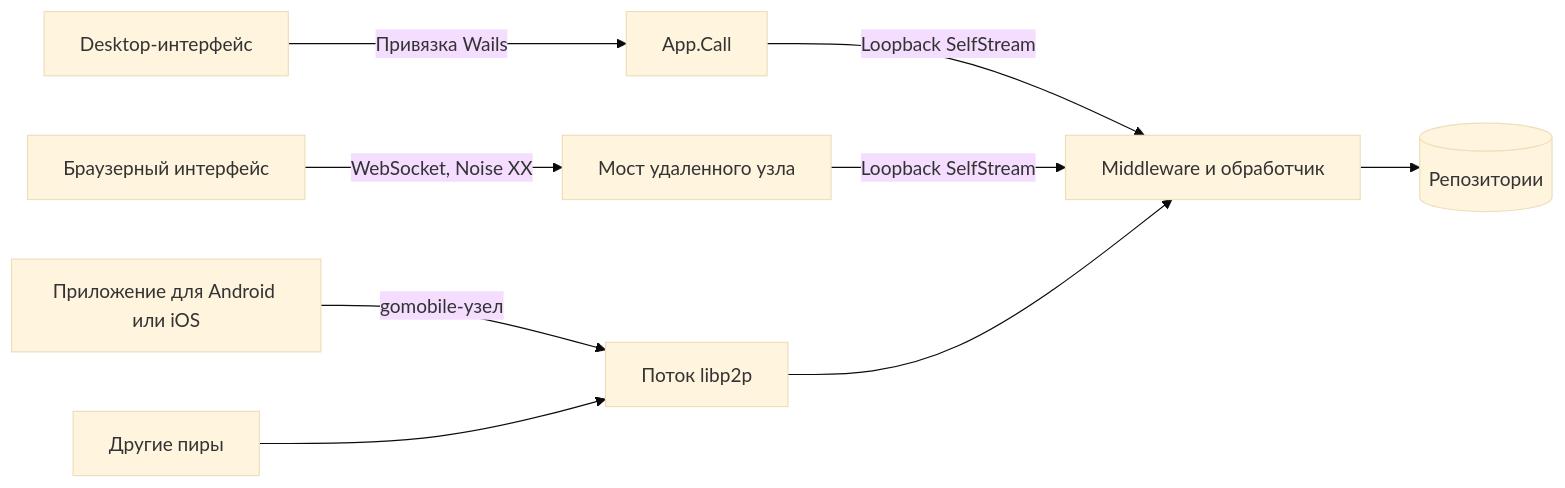
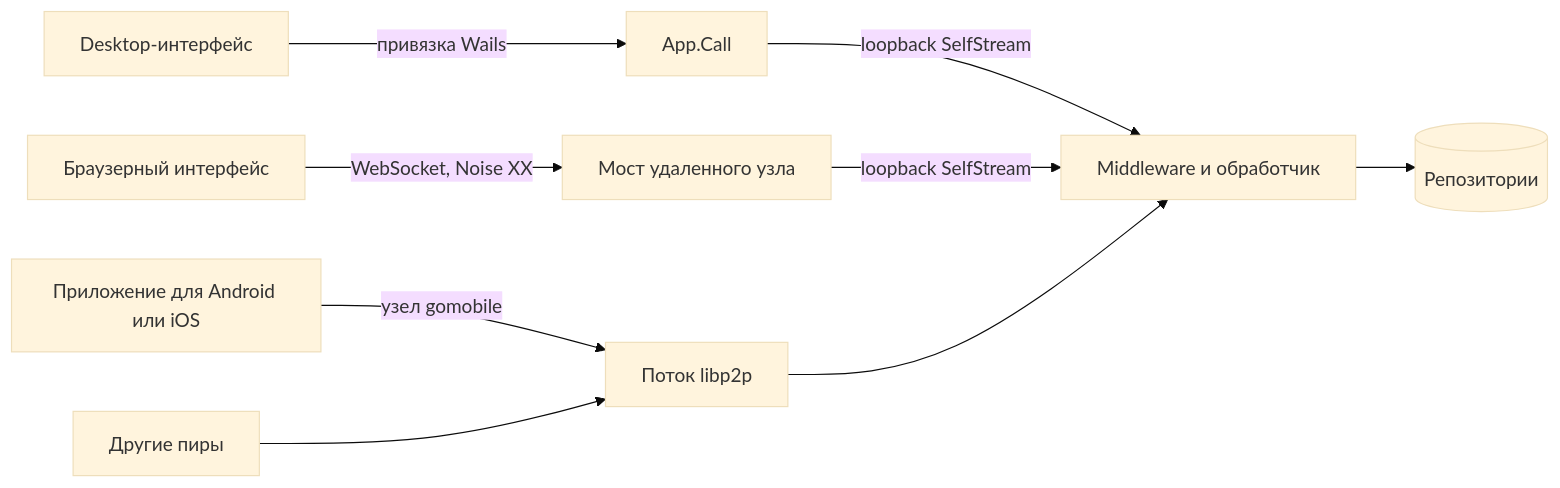
One commit to Warp-net/docs changed the first of 2 diagrams in ru/developer-guide/clients.md. Above: the diagram before and after it, drawn with Mermaid (base theme). The commit also changed other lines of this file and 49 other files, not shown here.

````diff
--- a/ru/developer-guide/clients.md
+++ b/ru/developer-guide/clients.md
@@ -14,11 +14,11 @@
 ```mermaid
 flowchart LR
-  D[Desktop-интерфейс] -->|Привязка Wails| A[App.Call]
+  D[Desktop-интерфейс] -->|привязка Wails| A[App.Call]
   B[Браузерный интерфейс] -->|WebSocket, Noise XX| W[Мост удаленного узла]
-  M[Приложение для Android или iOS] -->|gomobile-узел| L[Поток libp2p]
+  M[Приложение для Android или iOS] -->|узел gomobile| L[Поток libp2p]
   P[Другие пиры] --> L
-  A -->|Loopback SelfStream| H[Middleware и обработчик]
-  W -->|Loopback SelfStream| H
+  A -->|loopback SelfStream| H[Middleware и обработчик]
+  W -->|loopback SelfStream| H
   L --> H
   H --> R[(Репозитории)]
 ```
````
